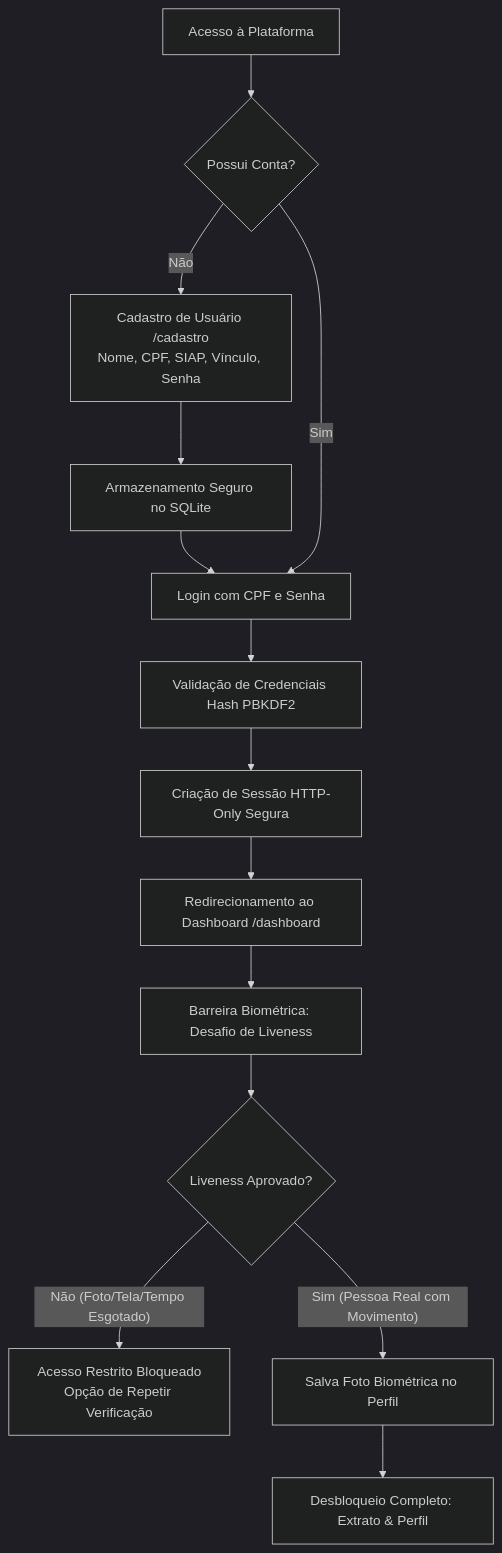
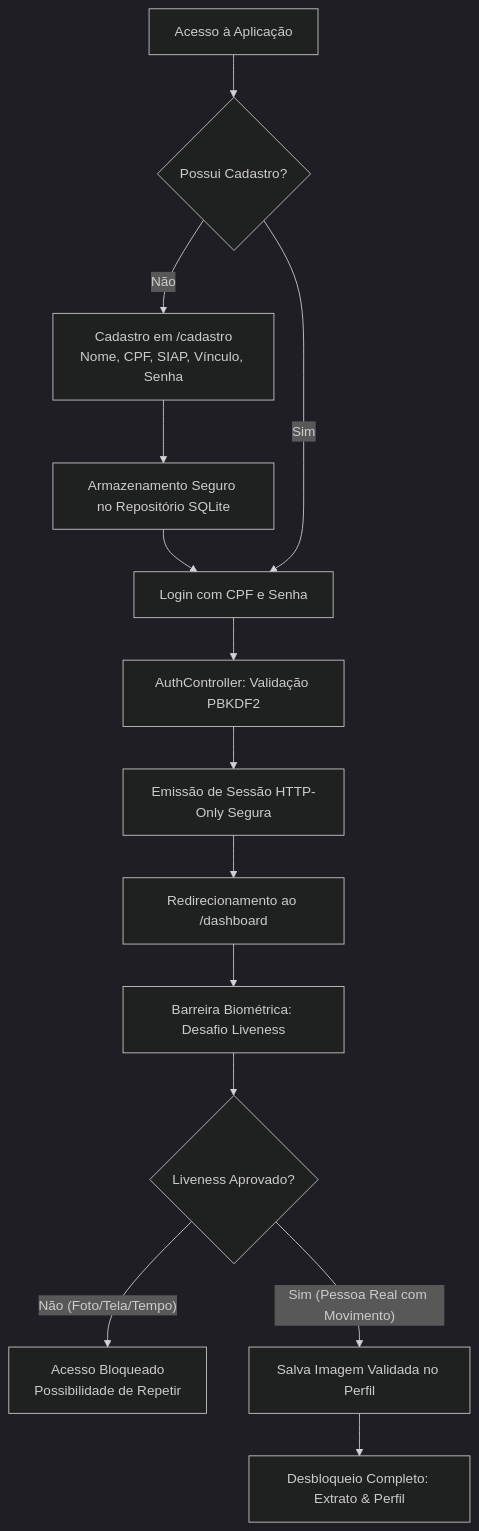
Before and after one commit to danyeljorge/reconhecimento_facial_nextjs_face-api: the diagram in README.md, drawn with Mermaid (dark theme). The commit also changed other lines of this file and 41 other files, not shown here.

````diff
--- a/README.md
+++ b/README.md
@@ -52,16 +94,16 @@
 ```mermaid
 flowchart TD
-    A[Acesso à Plataforma] --> B{Possui Conta?}
-    B -- Não --> C[Cadastro de Usuário /cadastro\nNome, CPF, SIAP, Vínculo, Senha]
-    C --> D[Armazenamento Seguro no SQLite]
+    A[Acesso à Aplicação] --> B{Possui Cadastro?}
+    B -- Não --> C[Cadastro em /cadastro\nNome, CPF, SIAP, Vínculo, Senha]
+    C --> D[Armazenamento Seguro no Repositório SQLite]
     D --> E[Login com CPF e Senha]
     B -- Sim --> E
-    E --> F[Validação de Credenciais Hash PBKDF2]
-    F --> G[Criação de Sessão HTTP-Only Segura]
-    G --> H[Redirecionamento ao Dashboard /dashboard]
-    H --> I[Barreira Biométrica: Desafio de Liveness]
+    E --> F[AuthController: Validação PBKDF2]
+    F --> G[Emissão de Sessão HTTP-Only Segura]
+    G --> H[Redirecionamento ao /dashboard]
+    H --> I[Barreira Biométrica: Desafio Liveness]
     I --> J{Liveness Aprovado?}
-    J -- Não (Foto/Tela/Tempo Esgotado) --> K[Acesso Restrito Bloqueado\nOpção de Repetir Verificação]
-    J -- Sim (Pessoa Real com Movimento) --> L[Salva Foto Biométrica no Perfil]
+    J -- Não (Foto/Tela/Tempo) --> K[Acesso Bloqueado\nPossibilidade de Repetir]
+    J -- Sim (Pessoa Real com Movimento) --> L[Salva Imagem Validada no Perfil]
     L --> M[Desbloqueio Completo: Extrato & Perfil]
 ```
````
